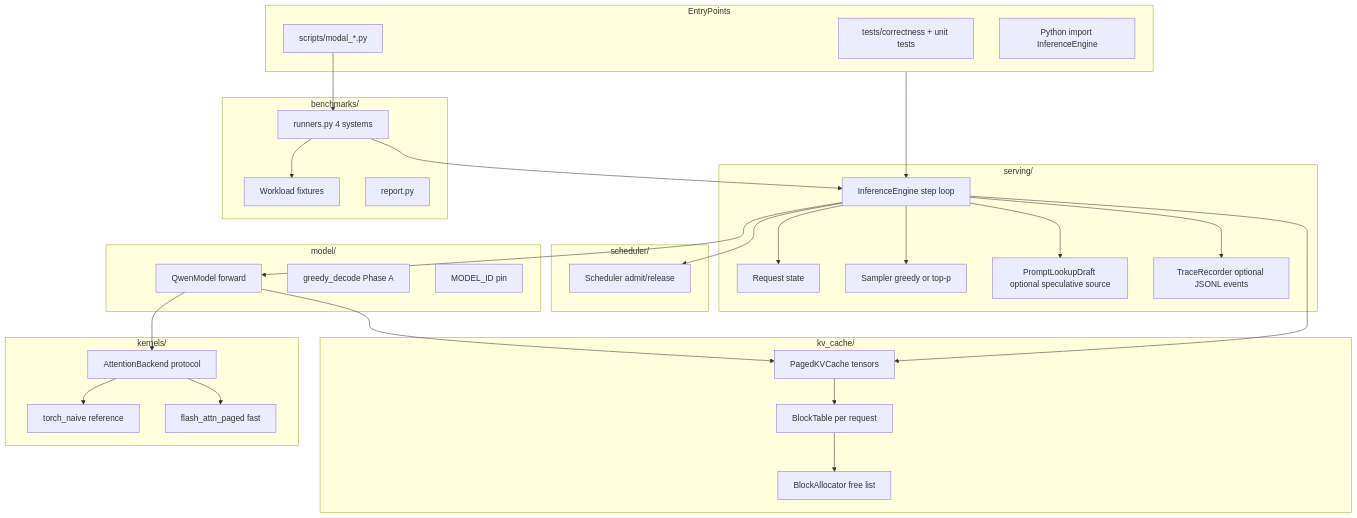
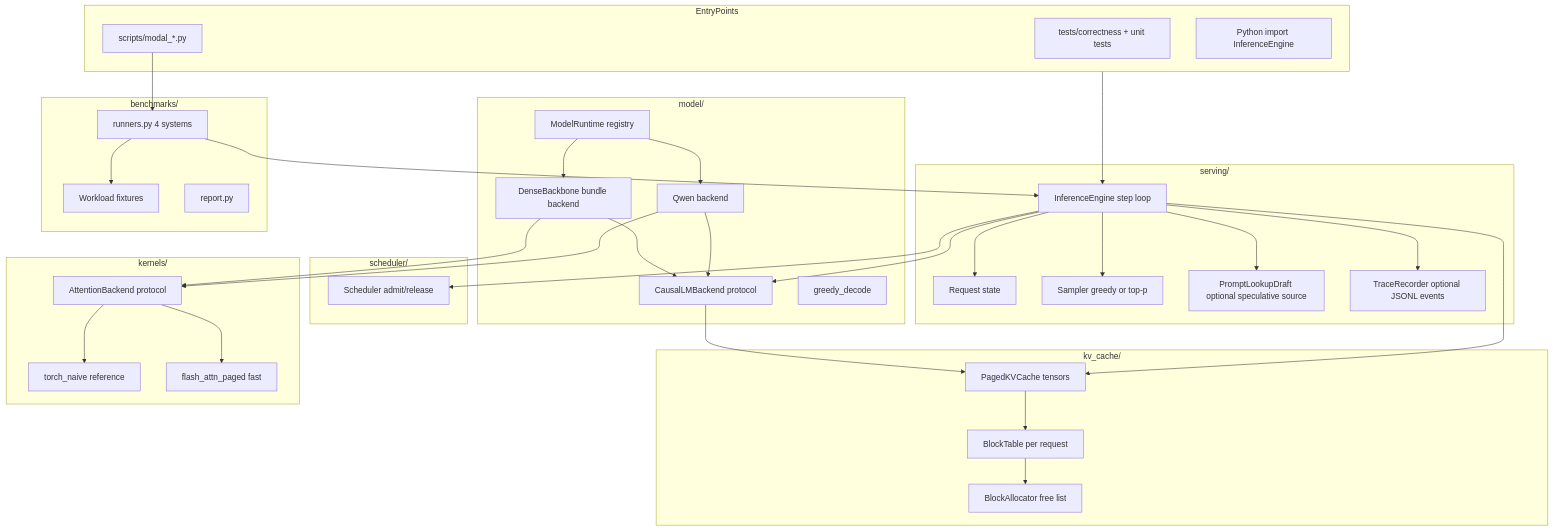
Before and after one commit to adamthuvesen/llm-infer: the first of 4 diagrams in docs/architecture.md, drawn with Mermaid. The commit also changed other lines of this file and 16 other files, not shown here.

Commit message:
feat(model): add generic backend runtime

````diff
--- a/docs/architecture.md
+++ b/docs/architecture.md
@@ -51,62 +51,69 @@
 ```mermaid
 flowchart TB
     subgraph entry [EntryPoints]
         Tests["tests/correctness + unit tests"]
         Modal["scripts/modal_*.py"]
         LibUse["Python import InferenceEngine"]
     end
 
     subgraph serving [serving/]
         Engine["InferenceEngine step loop"]
         Request["Request state"]
         Sampler["Sampler greedy or top-p"]
         Spec["PromptLookupDraft optional speculative source"]
         Trace["TraceRecorder optional JSONL events"]
     end
 
     subgraph scheduler [scheduler/]
         Sched["Scheduler admit/release"]
     end
 
     subgraph kv [kv_cache/]
         PagedKV["PagedKVCache tensors"]
         BlockTable["BlockTable per request"]
         Allocator["BlockAllocator free list"]
     end
 
     subgraph model [model/]
-        Qwen["QwenModel forward"]
-        Decode["greedy_decode Phase A"]
-        Config["MODEL_ID pin"]
+        Runtime["ModelRuntime registry"]
+        Interface["CausalLMBackend protocol"]
+        Qwen["Qwen backend"]
+        Dense["DenseBackbone bundle backend"]
+        Decode["greedy_decode"]
     end
 
     subgraph kernels [kernels/]
         Protocol["AttentionBackend protocol"]
         Naive["torch_naive reference"]
         Flash["flash_attn_paged fast"]
     end
 
     subgraph bench [benchmarks/]
         Workload["Workload fixtures"]
         Runners["runners.py 4 systems"]
         Report["report.py"]
     end
 
     entry --> Engine
     Engine --> Sched
     Engine --> Request
     Engine --> Sampler
     Engine --> Spec
     Engine --> Trace
-    Engine --> Qwen
+    Engine --> Interface
     Engine --> PagedKV
+    Runtime --> Qwen
+    Runtime --> Dense
+    Qwen --> Interface
+    Dense --> Interface
     Qwen --> Protocol
-    Qwen --> PagedKV
+    Dense --> Protocol
+    Interface --> PagedKV
     PagedKV --> BlockTable
     BlockTable --> Allocator
     Protocol --> Naive
     Protocol --> Flash
     Modal --> Runners
     Runners --> Engine
     Runners --> Workload
 ```
````
